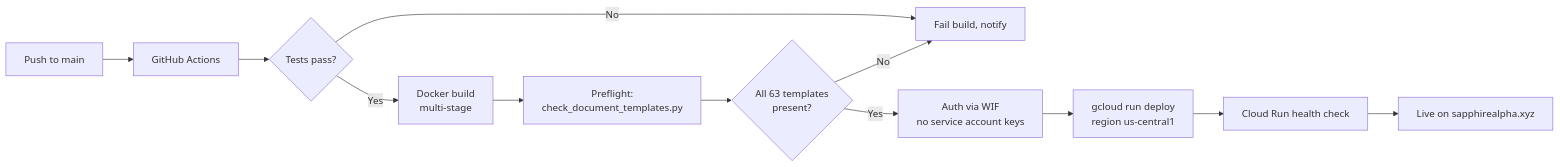
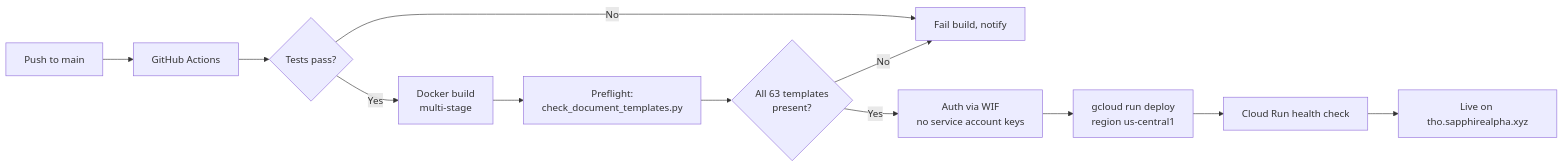
One commit to arigatoexpress/Project-Go-Forward changed the sixth of 8 diagrams in docs/WORKFLOWS.md. Above: the diagram before and after it, drawn with Mermaid. The commit also changed other lines of this file and 7 other files, not shown here.

First line of the commit message:
docs: correct THO production URL to tho.sapphirealpha.xyz

````diff
--- a/docs/WORKFLOWS.md
+++ b/docs/WORKFLOWS.md
@@ -143,14 +143,14 @@
 ```mermaid
 flowchart LR
     A[Push to main] --> B[GitHub Actions]
     B --> C{Tests pass?}
     C -->|No| D[Fail build, notify]
     C -->|Yes| E[Docker build<br/>multi-stage]
     E --> F[Preflight:<br/>check_document_templates.py]
     F --> G{All 63 templates<br/>present?}
     G -->|No| D
     G -->|Yes| H[Auth via WIF<br/>no service account keys]
     H --> I[gcloud run deploy<br/>region us-central1]
     I --> J[Cloud Run health check]
-    J --> K[Live on sapphirealpha.xyz]
+    J --> K[Live on tho.sapphirealpha.xyz]
 ```
````
